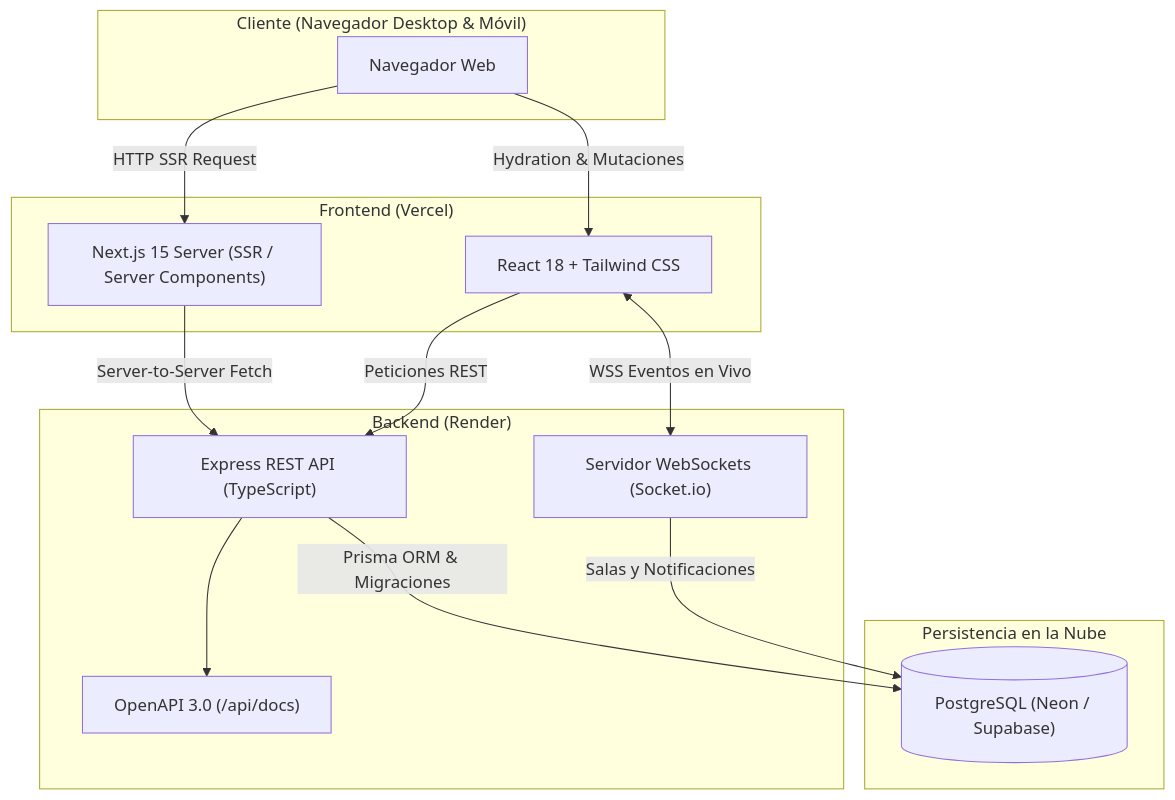
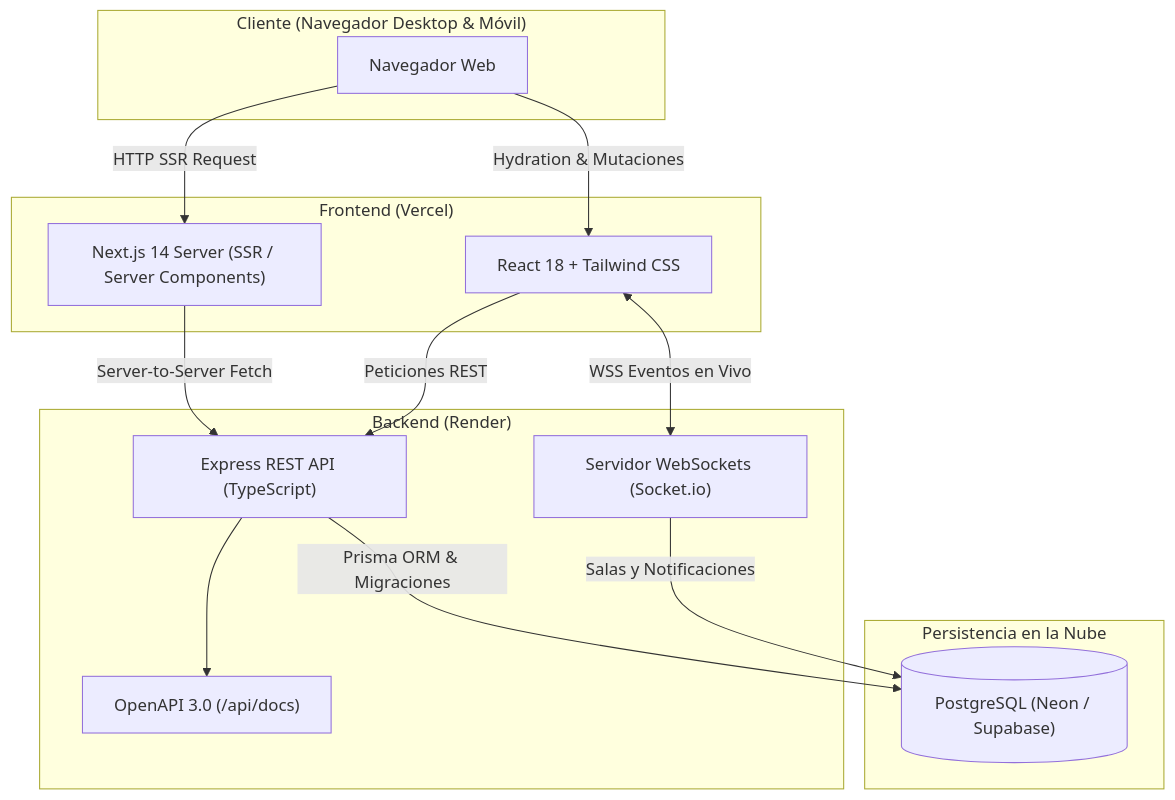
Before and after one commit to MayroGamerosXZ/Proyecto-Final-Red-Social: the first of 2 diagrams in README.md, drawn with Mermaid. The commit also changed other lines of this file and 25 other files, not shown here.

````diff
--- a/README.md
+++ b/README.md
@@ -91,30 +91,30 @@
 ```mermaid
 flowchart TD
     subgraph Client["Cliente (Navegador Desktop & Móvil)"]
         Browser["Navegador Web"]
     end
 
     subgraph FrontendApp["Frontend (Vercel)"]
-        SSR["Next.js 15 Server (SSR / Server Components)"]
+        SSR["Next.js 14 Server (SSR / Server Components)"]
         ClientApp["React 18 + Tailwind CSS"]
     end
 
     subgraph BackendApp["Backend (Render)"]
         Express["Express REST API (TypeScript)"]
         Swagger["OpenAPI 3.0 (/api/docs)"]
         SocketServer["Servidor WebSockets (Socket.io)"]
     end
 
     subgraph CloudStorage["Persistencia en la Nube"]
         DB[("PostgreSQL (Neon / Supabase)")]
     end
 
     Browser -->|HTTP SSR Request| SSR
     Browser -->|Hydration & Mutaciones| ClientApp
     SSR -->|Server-to-Server Fetch| Express
     ClientApp -->|Peticiones REST| Express
     ClientApp <-->|WSS Eventos en Vivo| SocketServer
     Express --> Swagger
     Express -->|Prisma ORM & Migraciones| DB
     SocketServer -->|Salas y Notificaciones| DB
 ```
````
